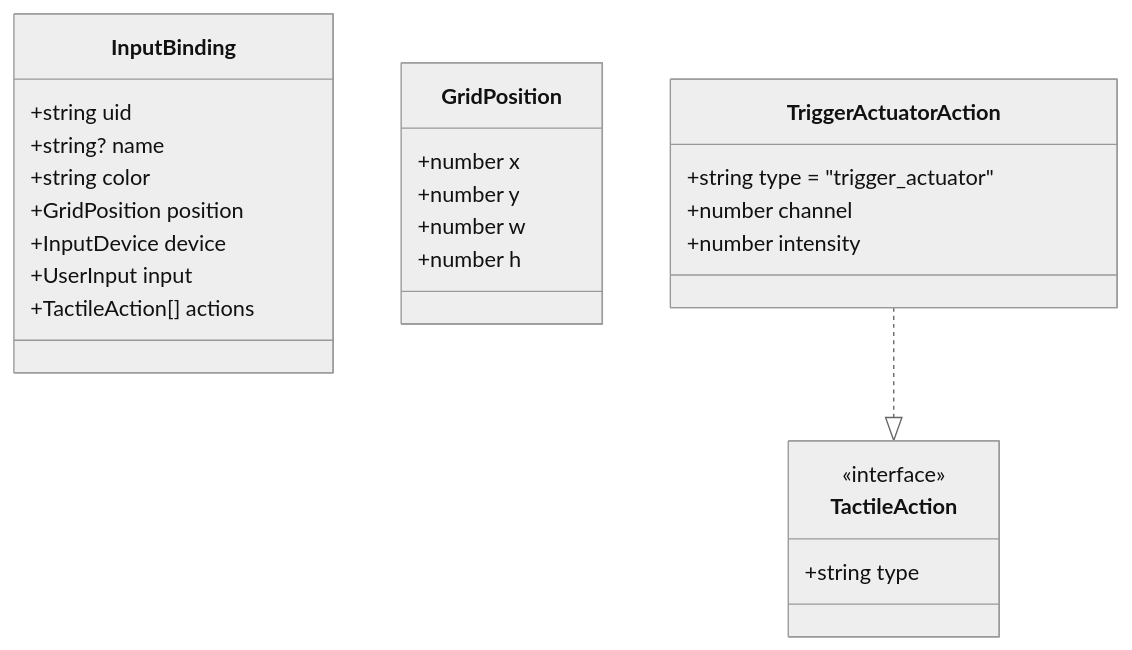
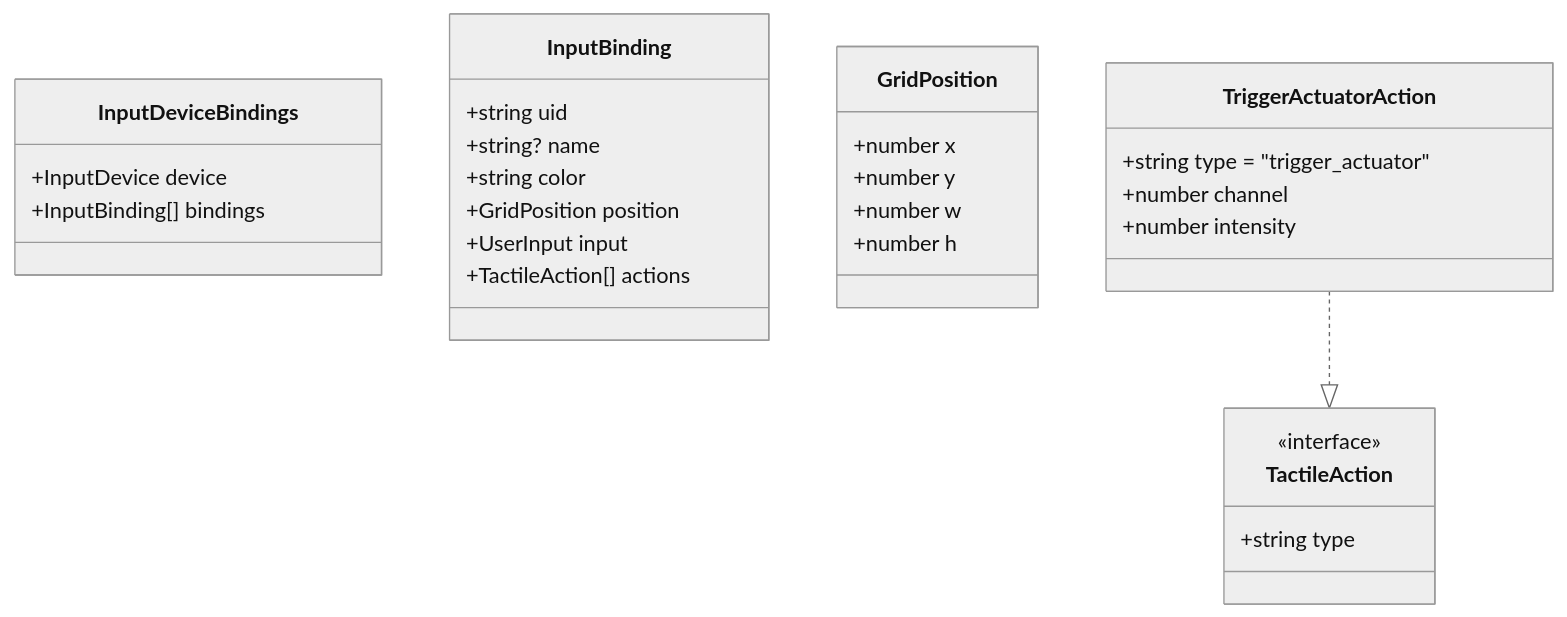
The third of 3 diagrams in README.md (richardboehme/nodejs-inputs-research), drawn with Mermaid (neutral theme) before and after one commit. The commit also changed other lines of this file, not shown here.

Commit message:
Group bindings by their device

````diff
--- a/README.md
+++ b/README.md
@@ -410,33 +412,37 @@
 ```mermaid
 classDiagram
   direction TB
+  class InputDeviceBindings {
+    +InputDevice device
+    +InputBinding[] bindings
+  }
+
   class InputBinding {
     +string uid
     +string? name
     +string color
     +GridPosition position
-    +InputDevice device
     +UserInput input
     +TactileAction[] actions
   }
 
   class GridPosition {
     +number x
     +number y
     +number w
     +number h
   }
 
   class TactileAction {
     <<interface>>
 
     +string type
   }
 
   class TriggerActuatorAction {
     +string type = "trigger_actuator"
     +number channel
     +number intensity
   }
   TriggerActuatorAction ..|> TactileAction
 ```
````
